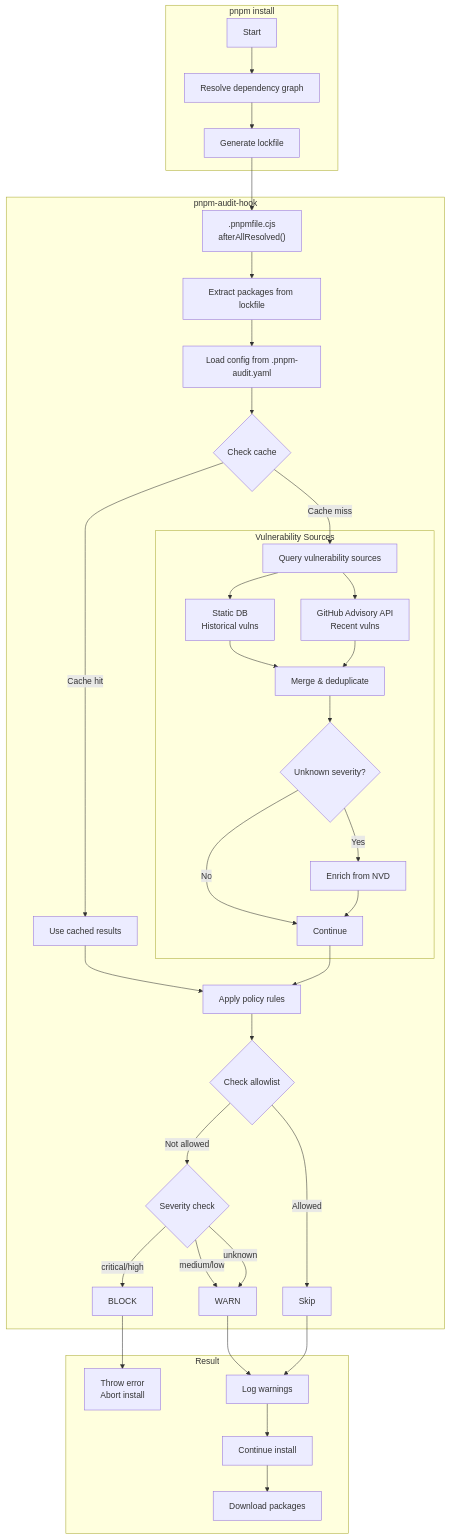
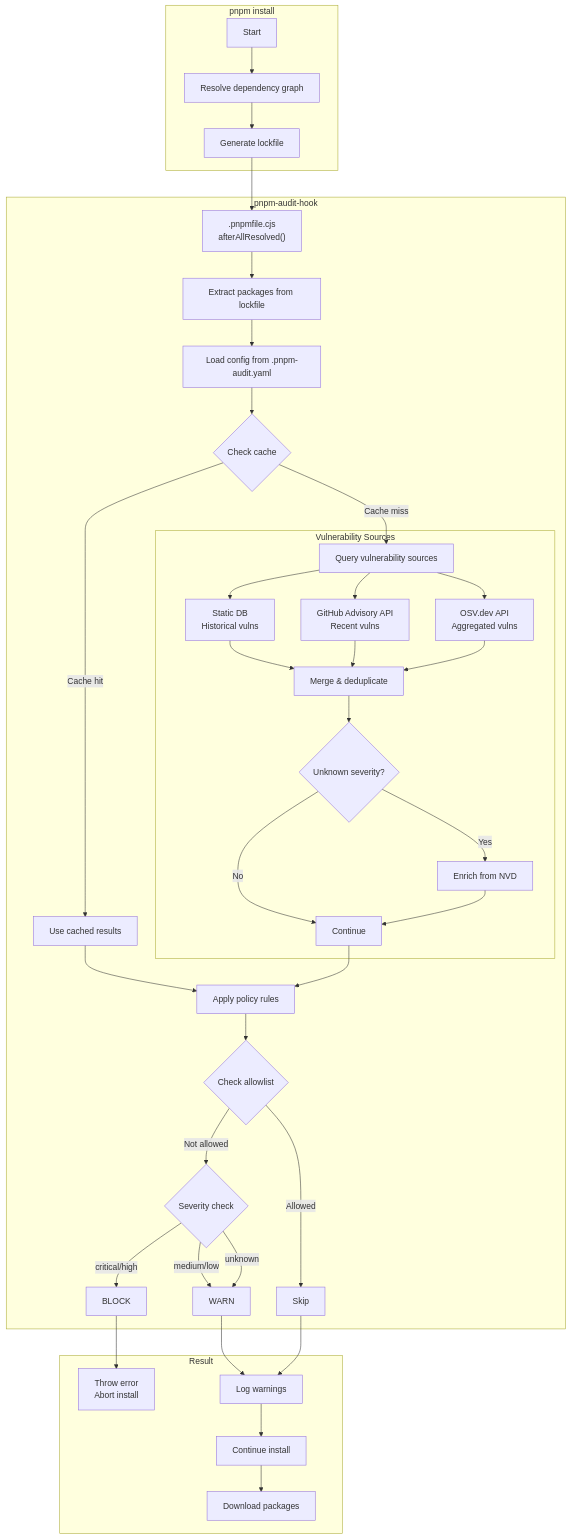
One commit to asx8678/pnpm-audit-hook changed the second of 7 diagrams in README.md. Above: the diagram before and after it, drawn with Mermaid. The commit also changed other lines of this file, not shown here.

First line of the commit message:
docs(readme): document OSV source, integrity hashes, and Quick How-To

````diff
--- a/README.md
+++ b/README.md
@@ -30,44 +95,46 @@
 ```mermaid
 flowchart TD
     subgraph PNPM["pnpm install"]
         A[Start] --> B[Resolve dependency graph]
         B --> C[Generate lockfile]
     end
 
     subgraph HOOK["pnpm-audit-hook"]
         C --> D[".pnpmfile.cjs<br/>afterAllResolved()"]
         D --> E[Extract packages from lockfile]
         E --> F[Load config from .pnpm-audit.yaml]
         F --> G{Check cache}
         G -->|Cache hit| H[Use cached results]
         G -->|Cache miss| I[Query vulnerability sources]
 
         subgraph SOURCES["Vulnerability Sources"]
             I --> J[Static DB<br/>Historical vulns]
             I --> K[GitHub Advisory API<br/>Recent vulns]
+            I --> K2[OSV.dev API<br/>Aggregated vulns]
             J --> L[Merge & deduplicate]
             K --> L
+            K2 --> L
             L --> M{Unknown severity?}
             M -->|Yes| N[Enrich from NVD]
             M -->|No| O[Continue]
             N --> O
         end
 
         H --> P[Apply policy rules]
         O --> P
         P --> Q{Check allowlist}
         Q -->|Allowed| R[Skip]
         Q -->|Not allowed| S{Severity check}
         S -->|critical/high| T[BLOCK]
         S -->|medium/low| U[WARN]
         S -->|unknown| U
     end
 
     subgraph RESULT["Result"]
         T --> V[Throw error<br/>Abort install]
         U --> W[Log warnings]
         R --> W
         W --> X[Continue install]
         X --> Y[Download packages]
     end
 ```
````
